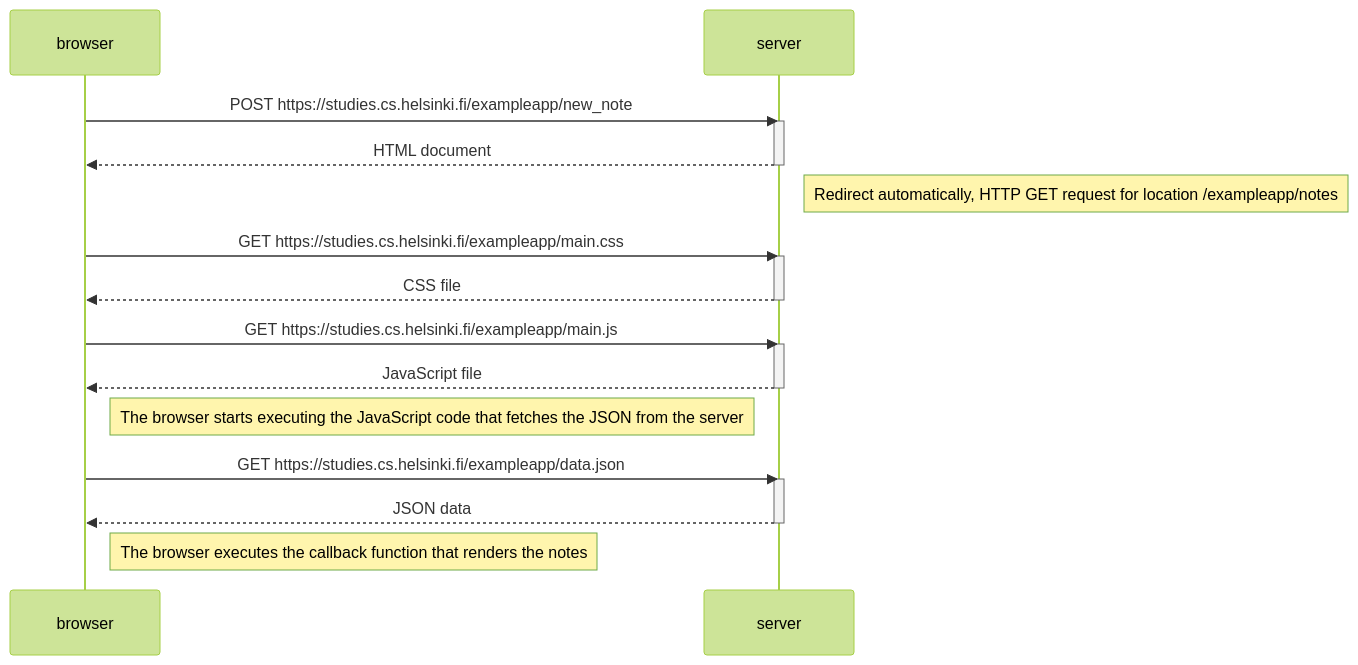
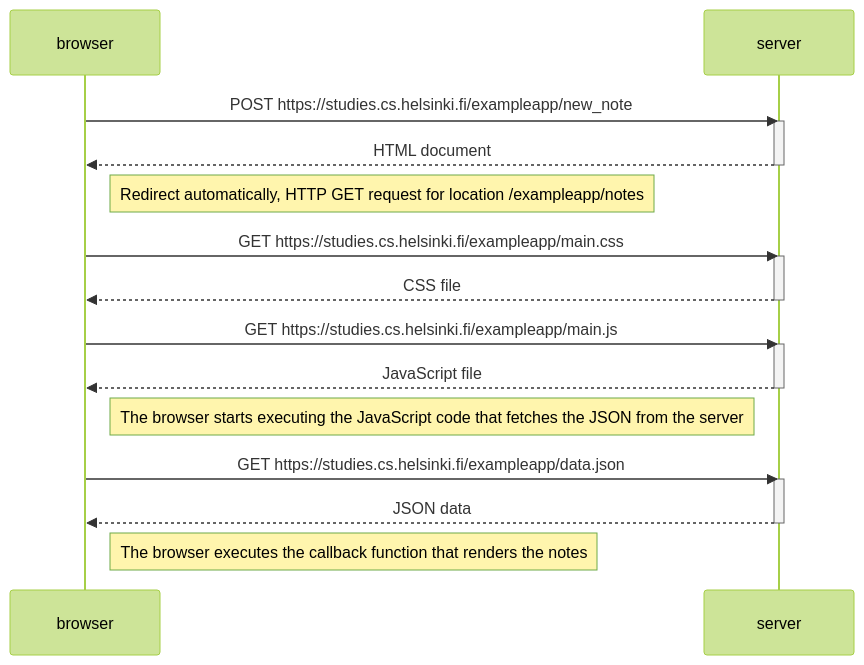
One commit to joonashkra/fullstackopen changed the diagram in osa0/notes.md. Above: the diagram before and after it, drawn with Mermaid (forest theme).

````diff
--- a/osa0/notes.md
+++ b/osa0/notes.md
@@ -1,31 +1,31 @@
 ```mermaid
 sequenceDiagram
     participant browser
     participant server
 
     browser->>server: POST https://studies.cs.helsinki.fi/exampleapp/new_note
     activate server
     server-->>browser: HTML document
     deactivate server
 
-Note right of server: Redirect automatically, HTTP GET request for location /exampleapp/notes
+Note right of browser: Redirect automatically, HTTP GET request for location /exampleapp/notes
 
     browser->>server: GET https://studies.cs.helsinki.fi/exampleapp/main.css
     activate server
     server-->>browser: CSS file
     deactivate server
     
     browser->>server: GET https://studies.cs.helsinki.fi/exampleapp/main.js
     activate server
     server-->>browser: JavaScript file
     deactivate server
 
 Note right of browser: The browser starts executing the JavaScript code that fetches the JSON from the server
 
     browser->>server: GET https://studies.cs.helsinki.fi/exampleapp/data.json
     activate server
     server-->>browser: JSON data
     deactivate server
 
 Note right of browser: The browser executes the callback function that renders the notes 
 ```
````
